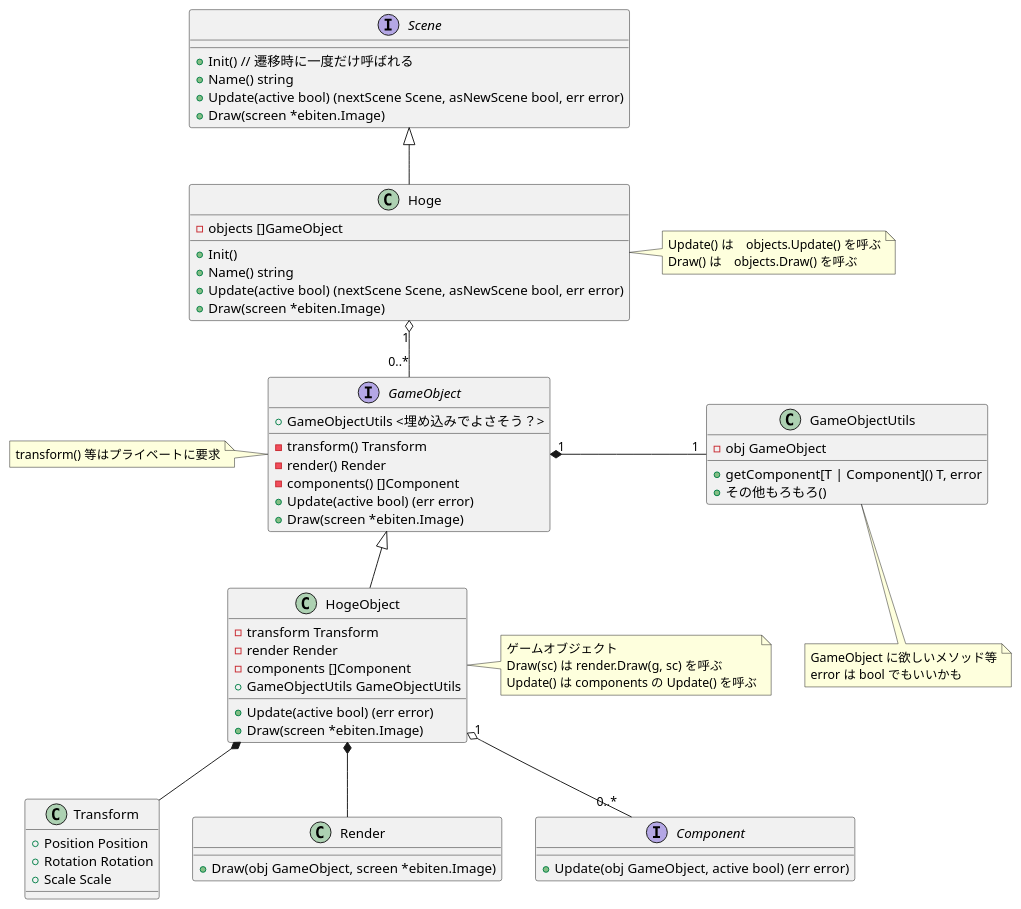
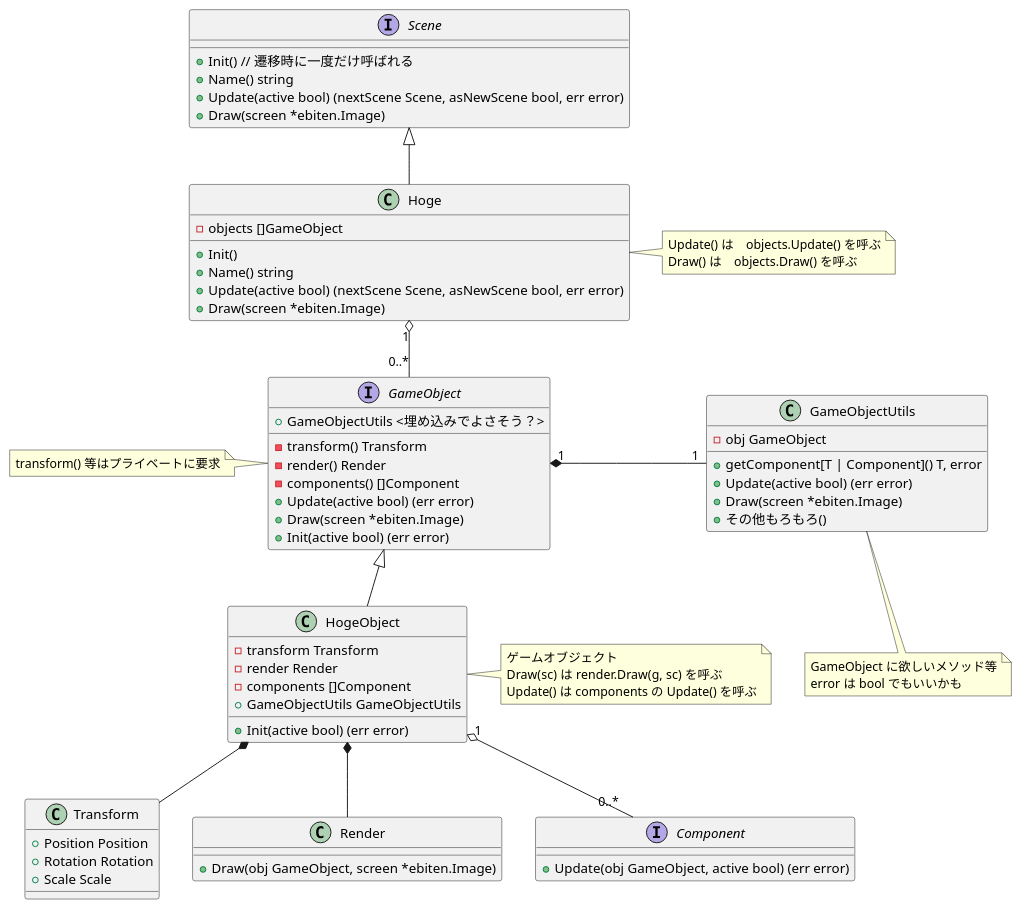
The diagram in Docs/Scene_class_diagram.puml (kmc-jp/Gamedev_Tempura-of-p--Phenylazo-phenol), drawn with PlantUML before and after one commit.

Commit message:
GameObject.Update() と GameObject.Draw() の実装を GameObjectUtils に移動し、 GameObject.Init() を追加

```diff
--- a/Docs/Scene_class_diagram.puml
+++ b/Docs/Scene_class_diagram.puml
@@ -1,73 +1,75 @@
 @startuml Scene_class_diagram
 
 interface Scene {
     + Init() // 遷移時に一度だけ呼ばれる
     + Name() string
     + Update(active bool) (nextScene Scene, asNewScene bool, err error)
     + Draw(screen *ebiten.Image)
 }
 
 class Hoge {
     - objects []GameObject
     + Init()
     + Name() string
     + Update(active bool) (nextScene Scene, asNewScene bool, err error)
     + Draw(screen *ebiten.Image)
 }
 note right of Hoge : Update() は　objects.Update() を呼ぶ\nDraw() は　objects.Draw() を呼ぶ
 
 Hoge -up-|> Scene
 
 Hoge "1" o-- "0..*" GameObject
 
 interface GameObject {
     + GameObjectUtils <埋め込みでよさそう？>
     - transform() Transform
     - render() Render
     - components() []Component
     + Update(active bool) (err error)
     + Draw(screen *ebiten.Image)
+    + Init(active bool) (err error)
 }
 note left of GameObject : transform() 等はプライベートに要求
 
 class GameObjectUtils {
     - obj GameObject
     + getComponent[T | Component]() T, error
+    + Update(active bool) (err error)
+    + Draw(screen *ebiten.Image)
     + その他もろもろ()
 }
 note bottom of GameObjectUtils : GameObject に欲しいメソッド等\nerror は bool でもいいかも
 
 GameObject "1" *- "1" GameObjectUtils
 
 
 class HogeObject {
     - transform Transform
     - render Render
     - components []Component
     + GameObjectUtils GameObjectUtils
-    + Update(active bool) (err error)
-    + Draw(screen *ebiten.Image)
+    + Init(active bool) (err error)
 }
 note right of HogeObject : ゲームオブジェクト\nDraw(sc) は render.Draw(g, sc) を呼ぶ\nUpdate() は components の Update() を呼ぶ
 
 
 HogeObject -up-|> GameObject
 HogeObject *-- Transform
 HogeObject *-- Render
 
 HogeObject "1" o-- "0..*" Component
 
 class Transform {
     + Position Position
     + Rotation Rotation
     + Scale Scale
 }
 
 class Render {
     + Draw(obj GameObject, screen *ebiten.Image)
 }
 
 interface Component {
     + Update(obj GameObject, active bool) (err error)
 }
 @enduml
```
